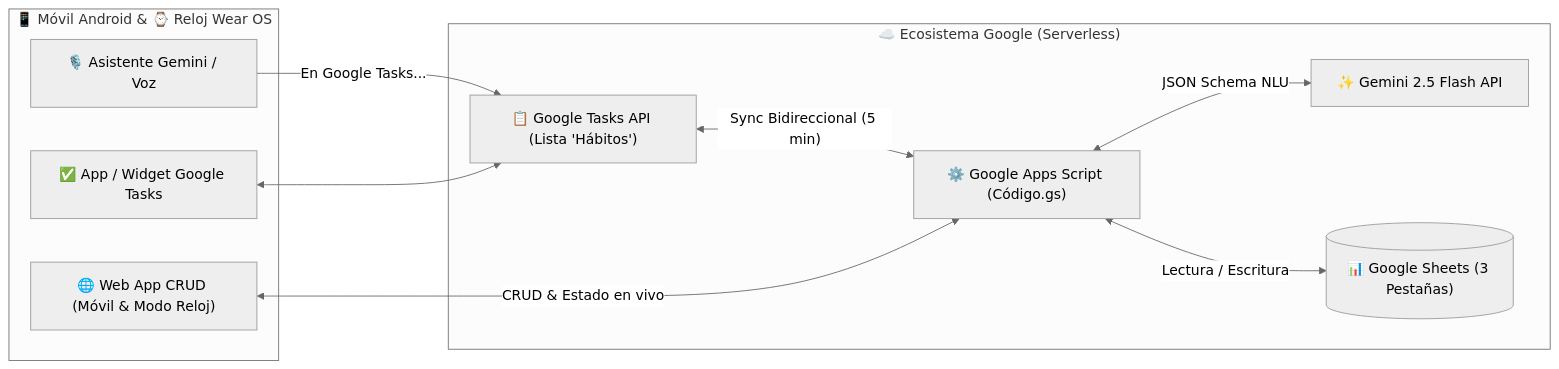
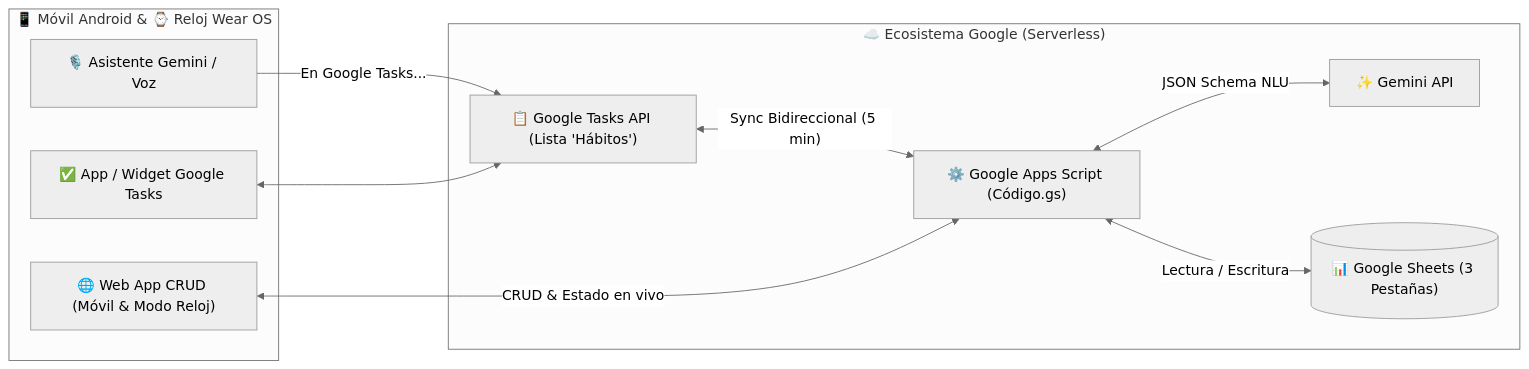
Before and after one commit to saurivane/Gestor-de-H-bitos-y-Tareas-con-Google-Sheets-Gemini-Google-Tasks-y-Wear-OS: the diagram in README.md, drawn with Mermaid (neutral theme). The commit also changed other lines of this file and 2 other files, not shown here.

Commit message:
Fix: colocación de tabla mensual debajo de gráficos en Dashboard y unificación de referencias a Gemini en docs

````diff
--- a/README.md
+++ b/README.md
@@ -29,22 +29,22 @@
 ```mermaid
 flowchart LR
     subgraph Dispositivos["📱 Móvil Android & ⌚ Reloj Wear OS"]
         Voz["🎙️ Asistente Gemini / Voz"]
         WidgetTasks["✅ App / Widget Google Tasks"]
         PWA["🌐 Web App CRUD (Móvil & Modo Reloj)"]
     end
 
     subgraph GoogleCloud["☁️ Ecosistema Google (Serverless)"]
         TasksAPI["📋 Google Tasks API (Lista 'Hábitos')"]
         GAS["⚙️ Google Apps Script (Código.gs)"]
-        Gemini["✨ Gemini 2.5 Flash API"]
+        Gemini["✨ Gemini API"]
         Sheets[("📊 Google Sheets (3 Pestañas)")]
     end
 
     Voz -->|"En Google Tasks..."| TasksAPI
     WidgetTasks <--> TasksAPI
     TasksAPI <-->|"Sync Bidireccional (5 min)"| GAS
     PWA <-->|"CRUD & Estado en vivo"| GAS
     GAS <-->|"JSON Schema NLU"| Gemini
     GAS <-->|"Lectura / Escritura"| Sheets
 ```
````
